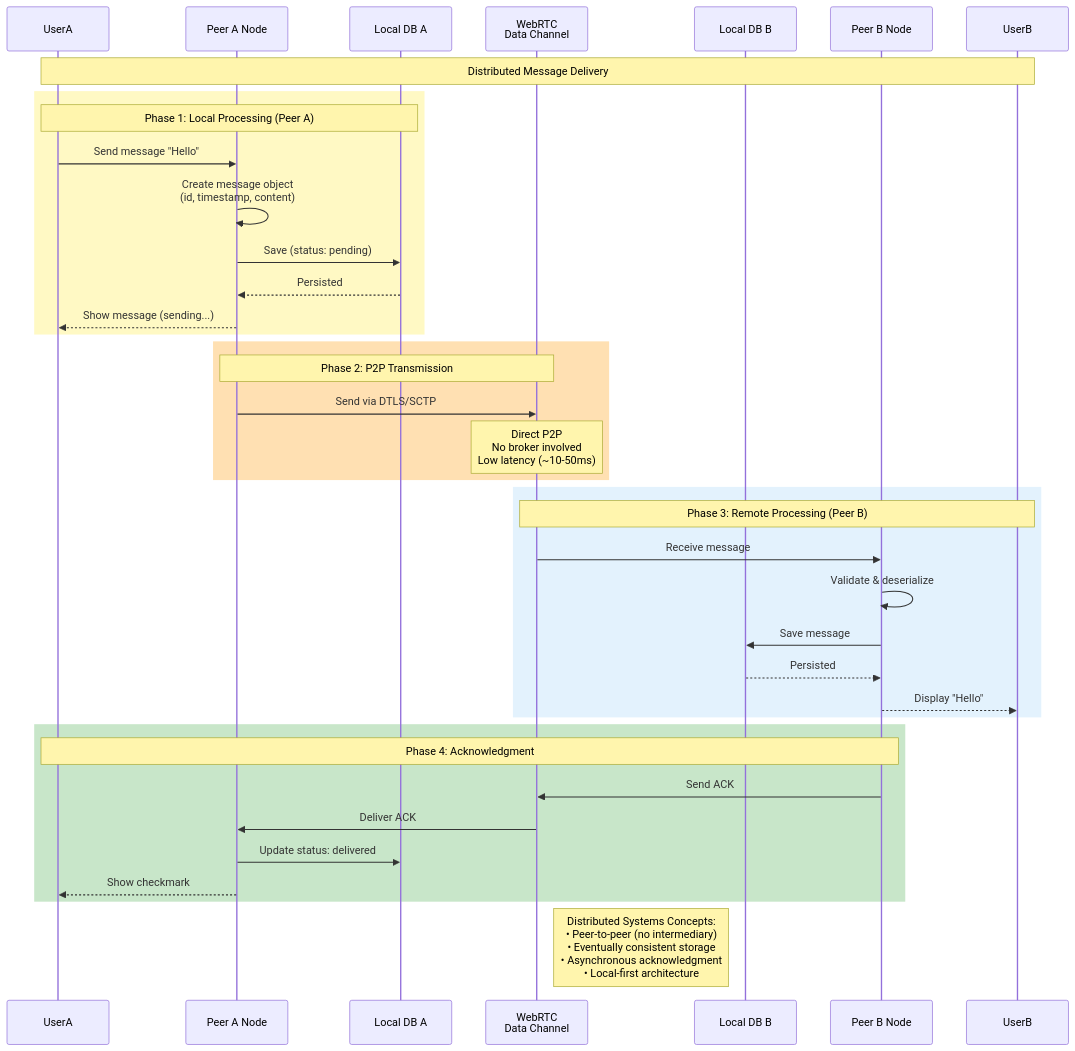
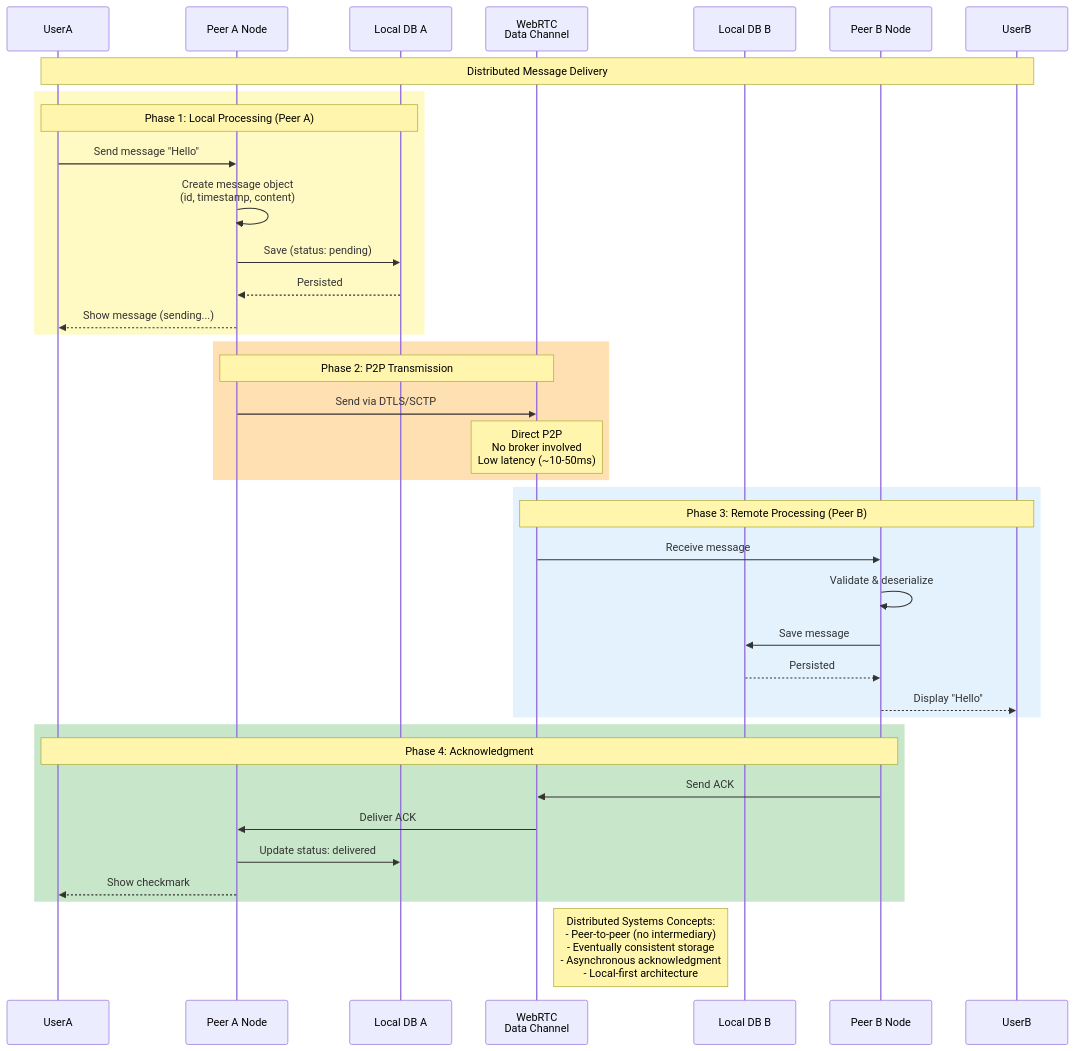
The fourth of 8 diagrams in docs/sequence-diagrams.md (amr-kasem/distributed-systems-react-chat-peer), drawn with Mermaid before and after one commit. The commit also changed other lines of this file and 5 other files, not shown here.

Commit message:
solved issues with diagrams

````diff
--- a/docs/sequence-diagrams.md
+++ b/docs/sequence-diagrams.md
@@ -182,46 +182,46 @@
 ```mermaid
 sequenceDiagram
     participant UserA
     participant NodeA as Peer A Node
     participant StorageA as Local DB A
     participant DataChannel as WebRTC<br/>Data Channel
     participant StorageB as Local DB B
     participant NodeB as Peer B Node
     participant UserB
     
     Note over UserA,UserB: Distributed Message Delivery
     
     rect rgb(255, 249, 196)
         Note over UserA,StorageA: Phase 1: Local Processing (Peer A)
         UserA->>NodeA: Send message "Hello"
         NodeA->>NodeA: Create message object<br/>(id, timestamp, content)
         NodeA->>StorageA: Save (status: pending)
         StorageA-->>NodeA: Persisted
         NodeA-->>UserA: Show message (sending...)
     end
     
     rect rgb(255, 224, 178)
         Note over NodeA,DataChannel: Phase 2: P2P Transmission
         NodeA->>DataChannel: Send via DTLS/SCTP
         Note over DataChannel: Direct P2P<br/>No broker involved<br/>Low latency (~10-50ms)
     end
     
     rect rgb(227, 242, 253)
         Note over DataChannel,UserB: Phase 3: Remote Processing (Peer B)
         DataChannel->>NodeB: Receive message
         NodeB->>NodeB: Validate & deserialize
         NodeB->>StorageB: Save message
         StorageB-->>NodeB: Persisted
         NodeB-->>UserB: Display "Hello"
     end
     
     rect rgb(200, 230, 201)
         Note over NodeB,UserA: Phase 4: Acknowledgment
         NodeB->>DataChannel: Send ACK
         DataChannel->>NodeA: Deliver ACK
         NodeA->>StorageA: Update status: delivered
         NodeA-->>UserA: Show checkmark
     end
     
-    Note right of DataChannel: Distributed Systems Concepts:<br/>• Peer-to-peer (no intermediary)<br/>• Eventually consistent storage<br/>• Asynchronous acknowledgment<br/>• Local-first architecture
+    Note right of DataChannel: Distributed Systems Concepts:<br/>- Peer-to-peer (no intermediary)<br/>- Eventually consistent storage<br/>- Asynchronous acknowledgment<br/>- Local-first architecture
 ```
````
